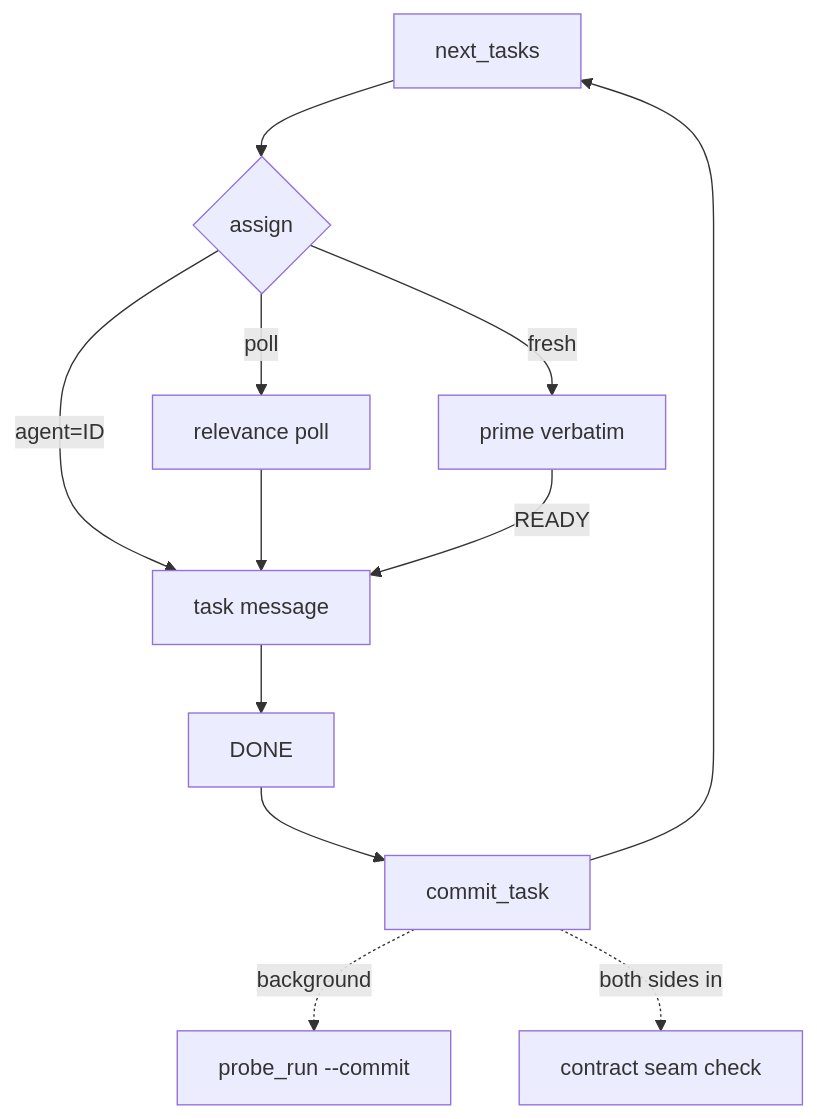
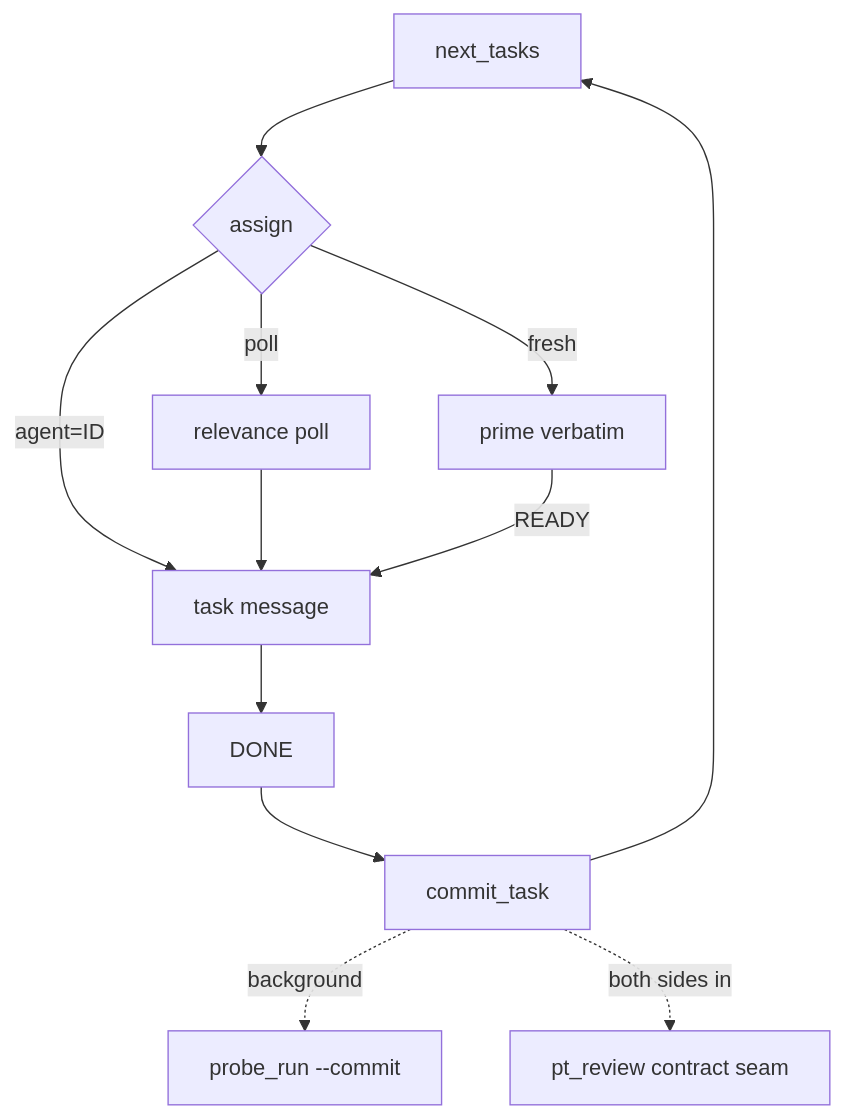
The third of 5 diagrams in skills/subagent-driven-development/SKILL.md (devcomfort/superlite), drawn with Mermaid before and after one commit. The commit also changed other lines of this file and 12 other files, not shown here.

````diff
--- a/skills/subagent-driven-development/SKILL.md
+++ b/skills/subagent-driven-development/SKILL.md
@@ -46,10 +46,10 @@
 ```mermaid
 flowchart TB
   N[next_tasks] --> A{assign}
   A -- agent=ID --> M[task message]
   A -- poll --> Q[relevance poll] --> M
   A -- fresh --> P[prime verbatim] -- READY --> M
   M --> D[DONE] --> C[commit_task] --> N
   C -. background .-> PR[probe_run --commit]
-  C -. both sides in .-> SM[contract seam check]
+  C -. both sides in .-> SM[pt_review contract seam]
 ```
````
